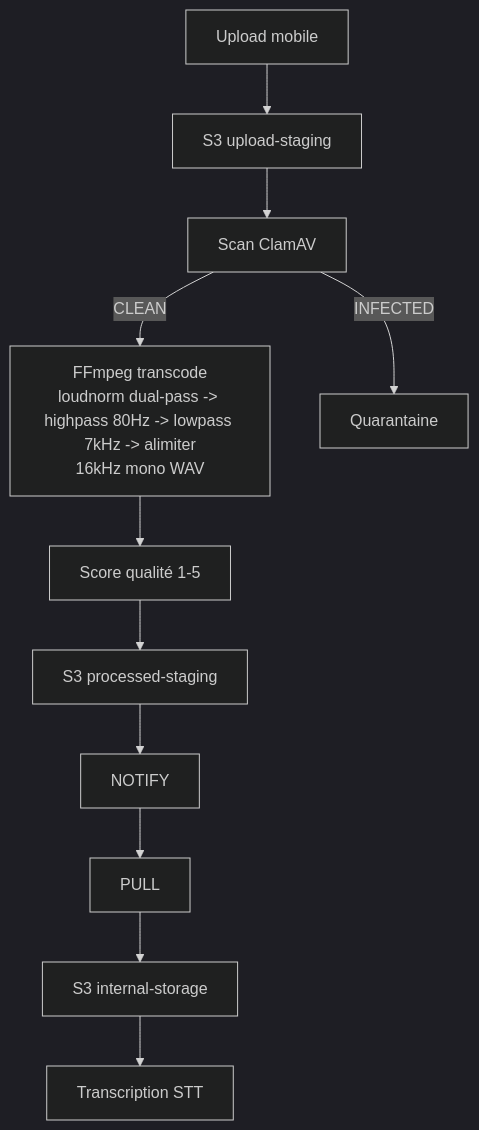
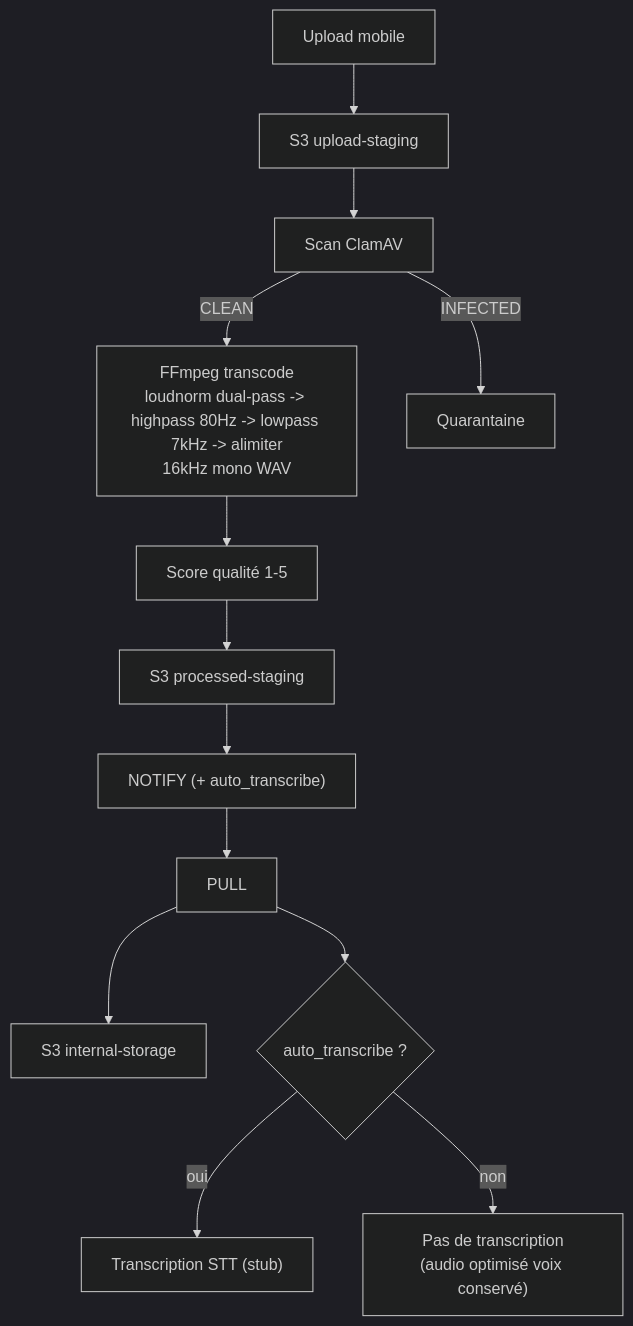
One commit to IA-Generative/mcr-secure-audio-upload changed the fourth of 5 diagrams in README.md. Above: the diagram before and after it, drawn with Mermaid (dark theme). The commit also changed other lines of this file and 1 other file, not shown here.

First line of the commit message:
Add auto_transcribe flow and docs updates

````diff
--- a/README.md
+++ b/README.md
@@ -490,8 +496,11 @@
 ```mermaid
 flowchart TD
   U["Upload mobile"] --> S3U["S3 upload-staging"] --> AV["Scan ClamAV"]
   AV -->|CLEAN| TR["FFmpeg transcode<br/>loudnorm dual-pass -> highpass 80Hz -> lowpass 7kHz -> alimiter<br/>16kHz mono WAV"]
   AV -->|INFECTED| Q["Quarantaine"]
   TR --> QL["Score qualité 1-5"] --> S3P["S3 processed-staging"]
-  S3P --> N["NOTIFY"] --> P["PULL"] --> S3I["S3 internal-storage"] --> STT["Transcription STT"]
+  S3P --> N["NOTIFY (+ auto_transcribe)"] --> P["PULL"] --> S3I["S3 internal-storage"]
+  P --> C{"auto_transcribe ?"}
+  C -->|oui| STT["Transcription STT (stub)"]
+  C -->|non| SKIP["Pas de transcription<br/>(audio optimisé voix conservé)"]
 ```
````
